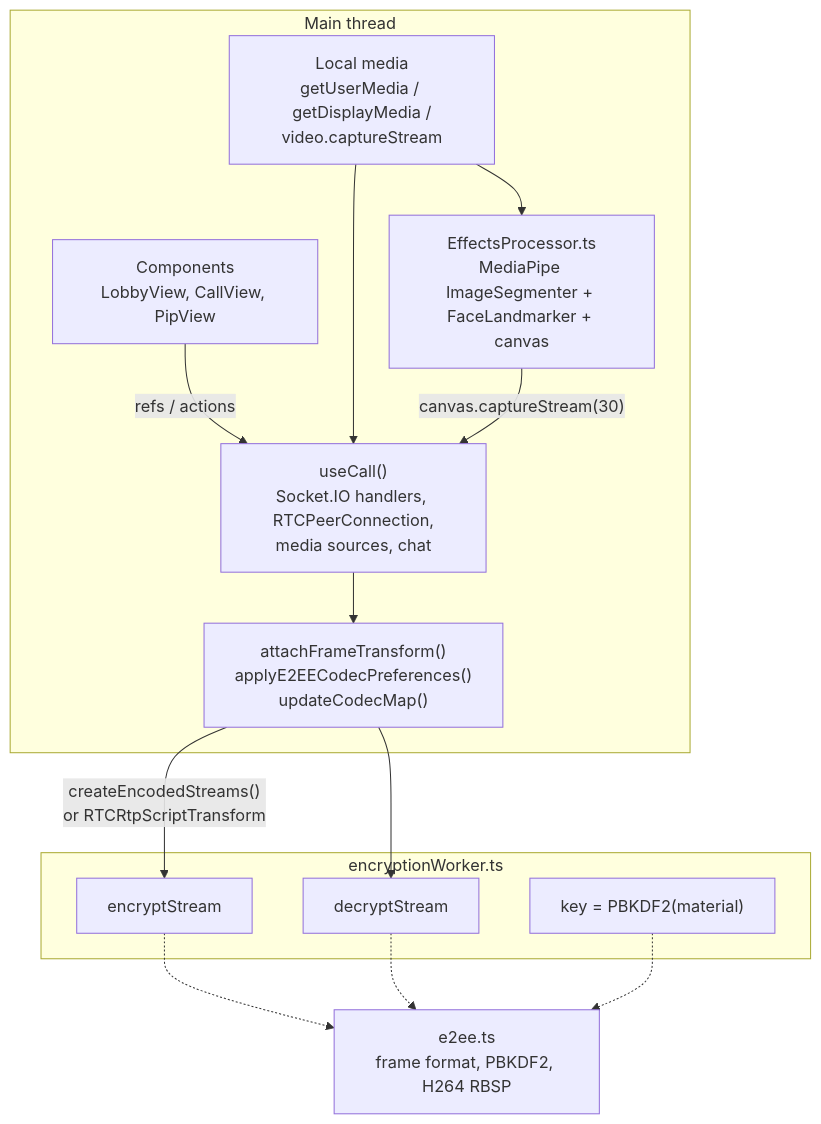
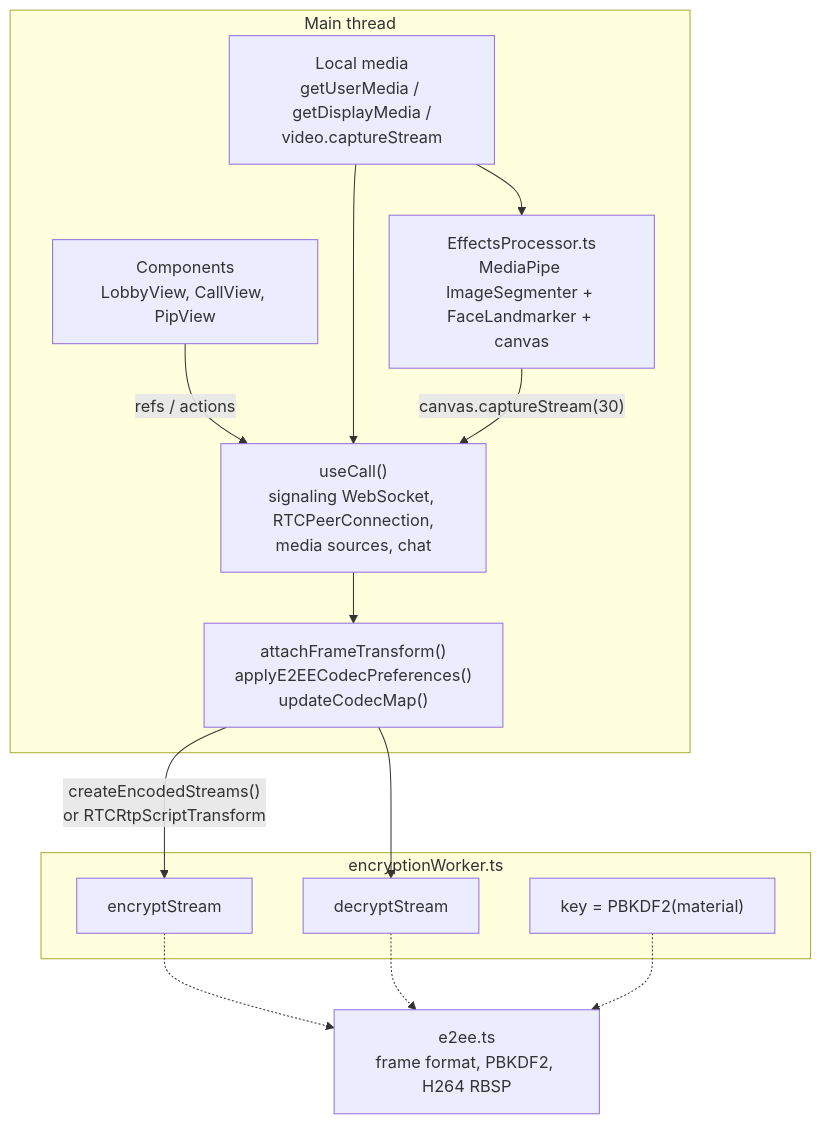
Before and after one commit to maitrungduc1410/WebRTC-Demo: the sixth of 24 diagrams in ARCHITECTURE.md, drawn with Mermaid. The commit also changed other lines of this file and 111 other files, not shown here.

````diff
--- a/ARCHITECTURE.md
+++ b/ARCHITECTURE.md
@@ -259,29 +278,29 @@
 ```mermaid
 flowchart TB
     subgraph Main thread
         UI["Components<br/>LobbyView, CallView, PipView"]
-        CALL["useCall()<br/>Socket.IO handlers, RTCPeerConnection,<br/>media sources, chat"]
+        CALL["useCall()<br/>signaling WebSocket, RTCPeerConnection,<br/>media sources, chat"]
         MEDIA["Local media<br/>getUserMedia / getDisplayMedia /<br/>video.captureStream"]
         VBG["EffectsProcessor.ts<br/>MediaPipe ImageSegmenter + FaceLandmarker + canvas"]
         TR["attachFrameTransform()<br/>applyE2EECodecPreferences()<br/>updateCodecMap()"]
     end
 
     subgraph encryptionWorker.ts
         KEY["key = PBKDF2(material)"]
         ENC["encryptStream"]
         DEC["decryptStream"]
     end
 
     E2EE["e2ee.ts<br/>frame format, PBKDF2, H264 RBSP"]
 
     UI -- "refs / actions" --> CALL
     MEDIA --> VBG
     MEDIA --> CALL
     VBG -- "canvas.captureStream(30)" --> CALL
     CALL --> TR
     TR -- "createEncodedStreams()<br/>or RTCRtpScriptTransform" --> ENC
     TR --> DEC
     ENC -.-> E2EE
     DEC -.-> E2EE
     KEY -.-> E2EE
 ```
````
